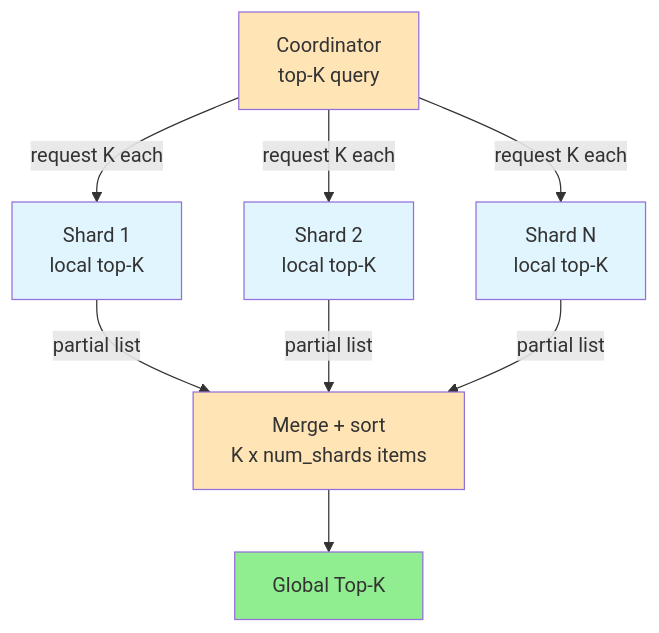
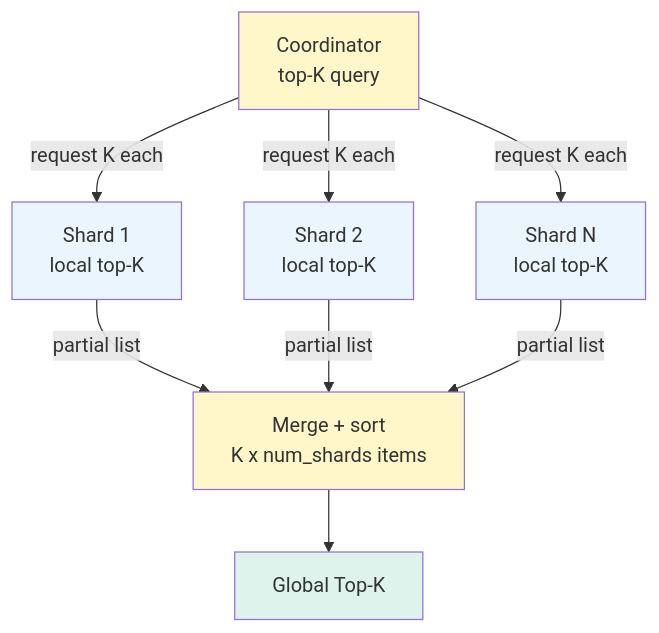
The fifth of 6 diagrams in LLD/questions/Design YouTube Top K.md (cartmancodes/InterviewVault), drawn with Mermaid before and after one commit. The commit also changed other lines of this file and 679 other files, not shown here.

Commit message:
Unify content diagrams and add accessible visual walkthroughs

````diff
--- a/LLD/questions/Design YouTube Top K.md
+++ b/LLD/questions/Design YouTube Top K.md
@@ -322,18 +322,18 @@
 ```mermaid
 graph TB
     COORD[Coordinator<br/>top-K query]
     COORD -->|request K each| SH1[Shard 1<br/>local top-K]
     COORD -->|request K each| SH2[Shard 2<br/>local top-K]
     COORD -->|request K each| SH3[Shard N<br/>local top-K]
     SH1 -->|partial list| MERGE[Merge + sort<br/>K x num_shards items]
     SH2 -->|partial list| MERGE
     SH3 -->|partial list| MERGE
     MERGE --> OUT[Global Top-K]
 
-    style COORD fill:#FFE4B5
-    style SH1 fill:#e1f5ff
-    style SH2 fill:#e1f5ff
-    style SH3 fill:#e1f5ff
-    style MERGE fill:#FFE4B5
-    style OUT fill:#90EE90
+    style COORD fill:#FFF6C9
+    style SH1 fill:#EAF5FD
+    style SH2 fill:#EAF5FD
+    style SH3 fill:#EAF5FD
+    style MERGE fill:#FFF6C9
+    style OUT fill:#DDF3EC
 ```
````
